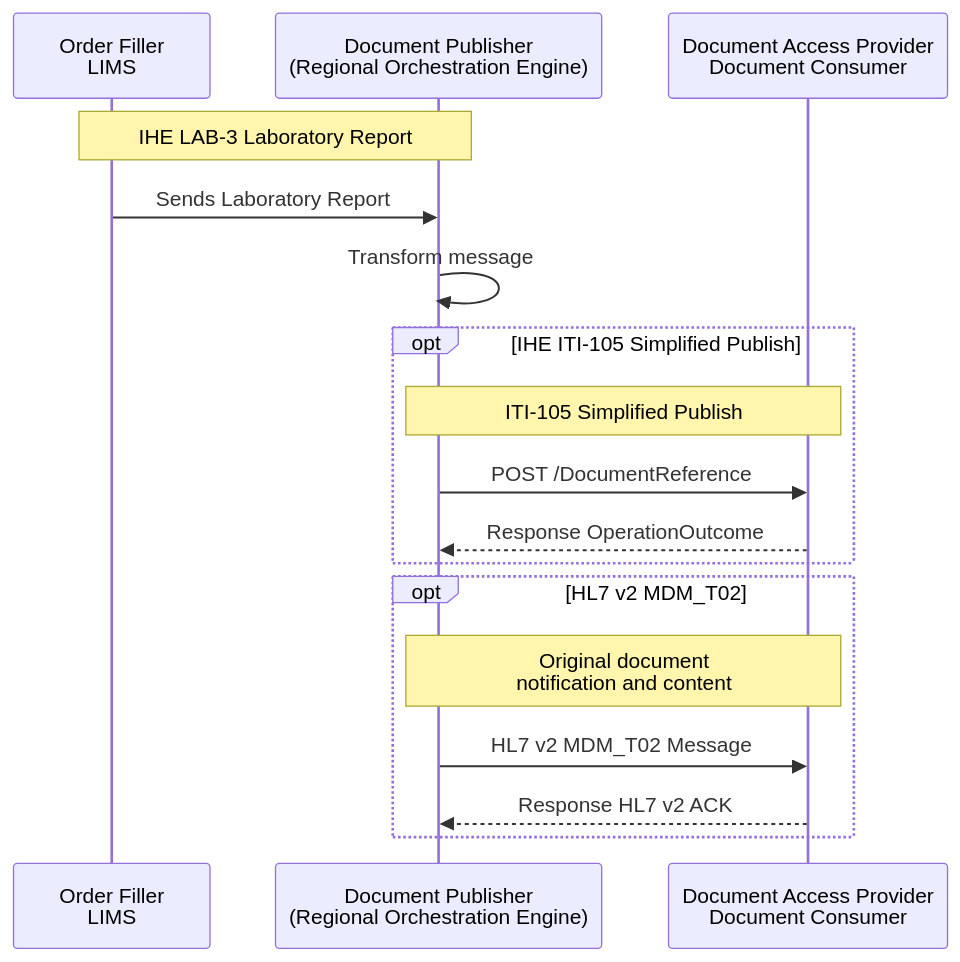
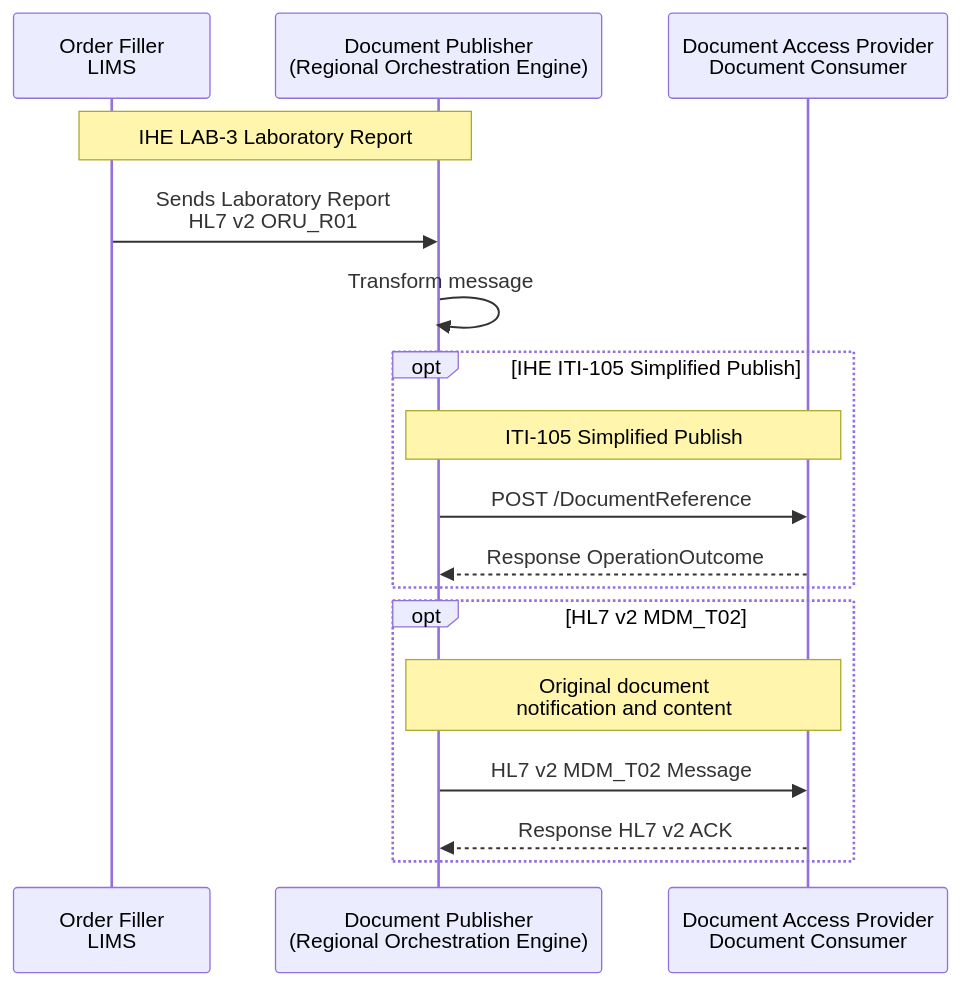
Before and after one commit to nw-gmsa/nw-gmsa.github.com: the second of 6 diagrams in input/pagecontent/HIE.md, drawn with Mermaid. The commit also changed other lines of this file, not shown here.

````diff
--- a/input/pagecontent/HIE.md
+++ b/input/pagecontent/HIE.md
@@ -79,21 +79,21 @@
 ```mermaid
 sequenceDiagram
 
   participant LIMS as Order Filler<br/>LIMS
   participant Publisher as Document Publisher<br/>(Regional Orchestration Engine)
   participant Consumer as Document Access Provider<br/>Document Consumer
 
   note over LIMS,Publisher: IHE LAB-3 Laboratory Report
-  LIMS ->> Publisher: Sends Laboratory Report
+  LIMS ->> Publisher: Sends Laboratory Report<br/>HL7 v2 ORU_R01
   Publisher ->> Publisher: Transform message
   opt IHE ITI-105 Simplified Publish
     Note over Consumer,Publisher:ITI-105 Simplified Publish
     Publisher->>Consumer: POST /DocumentReference
     Consumer-->>Publisher: Response OperationOutcome
   end
   opt HL7 v2 MDM_T02
     Note over Consumer,Publisher:Original document <br/>notification and content
     Publisher->>Consumer: HL7 v2 MDM_T02 Message
     Consumer-->>Publisher: Response HL7 v2 ACK
   end
 ```
````
